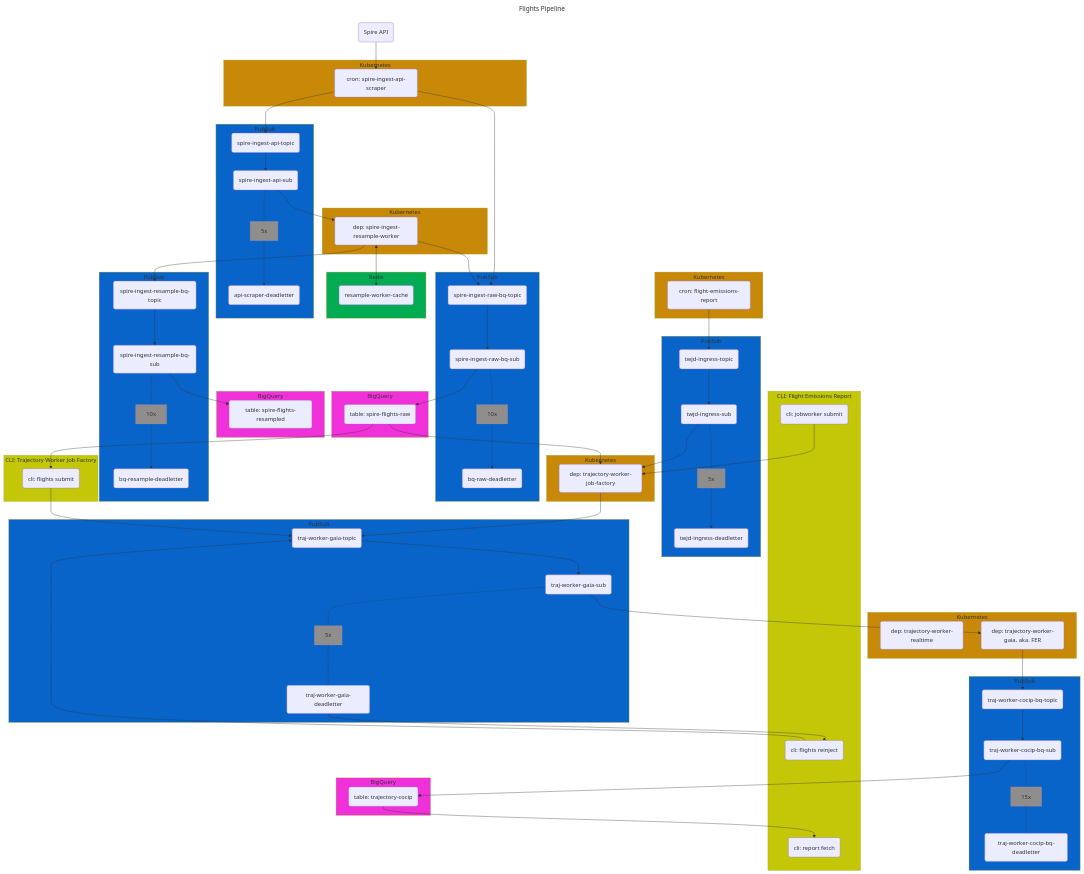
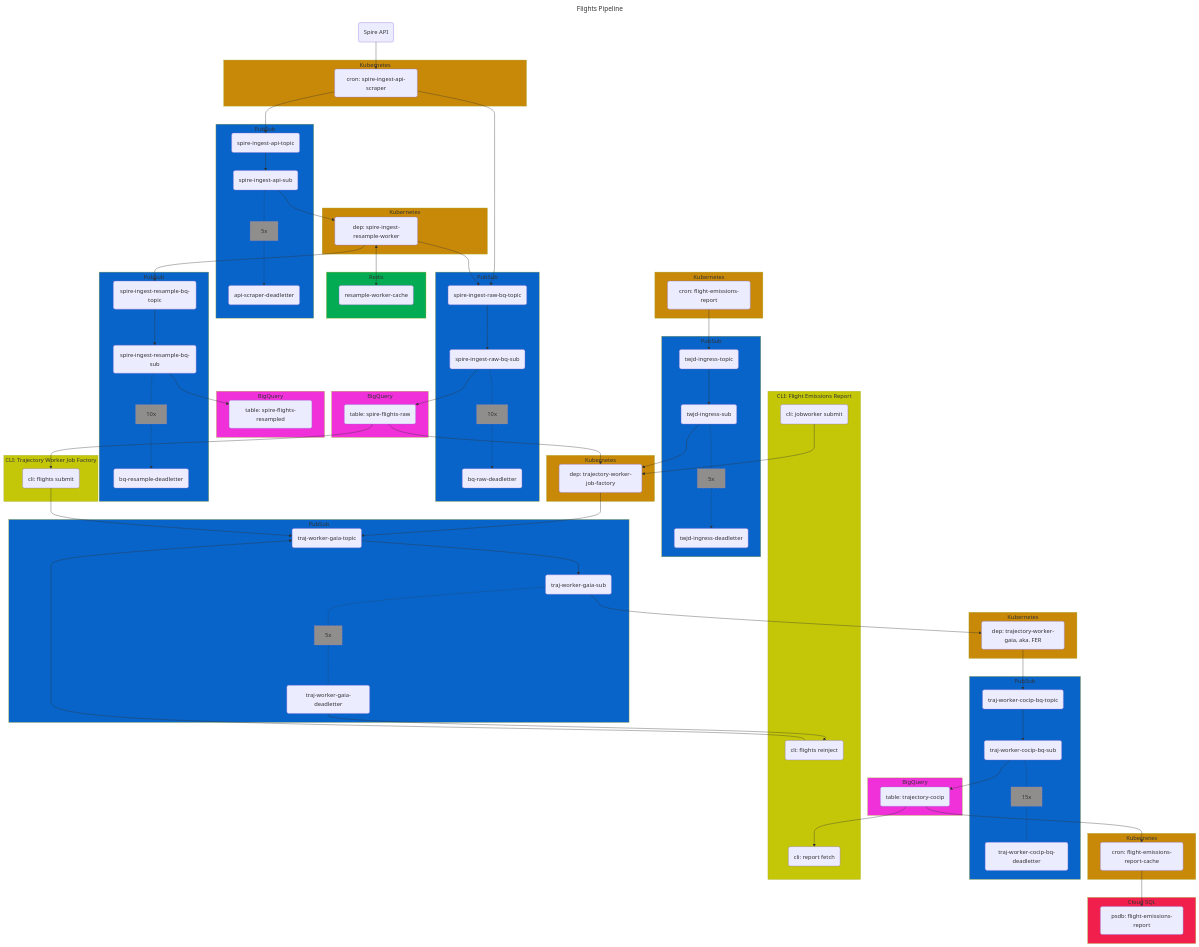
The diagram in README.md (contrailcirrus/flights-pipeline), drawn with Mermaid before and after one commit. The commit also changed 14 other files, not shown here.

````diff
--- a/README.md
+++ b/README.md
@@ -22,7 +22,6 @@
     end
     style k8s_2 fill:#C88908
     subgraph k8s_3[Kubernetes]
-        trajectory_worker_rt(dep: trajectory-worker-realtime)
         trajectory_worker_gaia(dep: trajectory-worker-gaia, aka. FER)
     end
     style k8s_3 fill:#C88908
@@ -34,6 +33,10 @@
         twjf(dep: trajectory-worker-job-factory)
     end
     style k8s_5 fill:#C88908
+    subgraph k8s_6[Kubernetes]
+        fer_cache_cron(cron: flight-emissions-report-cache)
+    end
+    style k8s_6 fill:#C88908
     subgraph redis1[Redis]
         resample_worker_cache(resample-worker-cache)
     end
@@ -102,6 +105,10 @@
         flights_submit(cli: flights submit)
     end
     style twjf_cli fill:#c4c708
+    subgraph sql_1[Cloud SQL]
+        psdb_fer_dev(psdb: flight-emissions-report)
+    end
+    style sql_1 fill:#f01f4c
     
     %% flow/associations
     spire_api --> spire_ingest_api_scraper
@@ -162,4 +169,7 @@
     flights_reinject --> traj_worker_gaia_topic
     trajectory_cocip_tb --> report_fetch
     
+    trajectory_cocip_tb --> fer_cache_cron
+    fer_cache_cron --> psdb_fer_dev
+    
 ```
````
